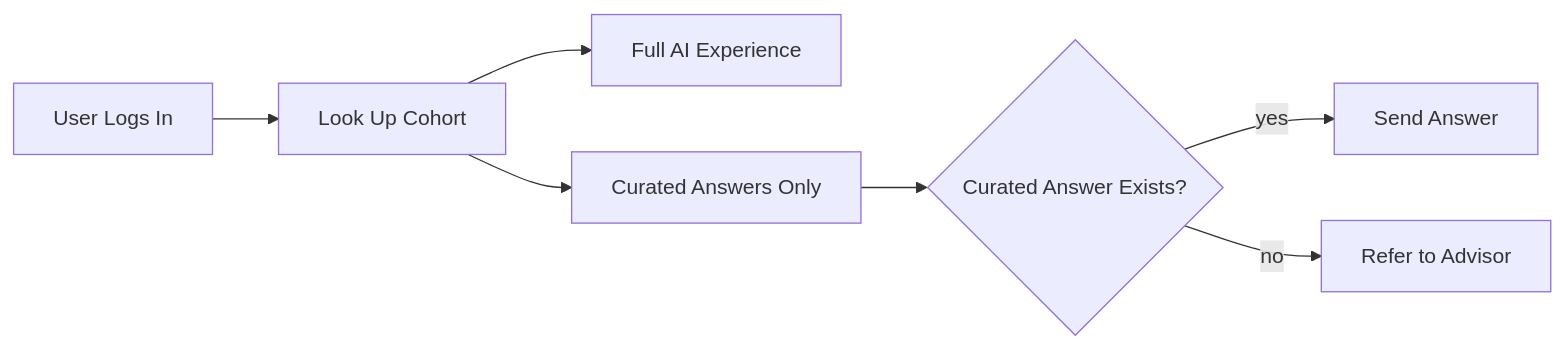
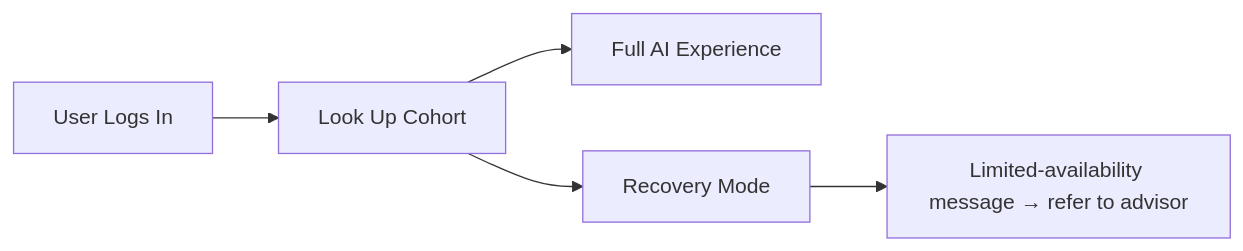
Before and after one commit to EdoardoMongardi/NYU_Path: the first of 3 diagrams in Docs/current-system/engine/cohort.md, drawn with Mermaid. The commit also changed other lines of this file and 73 other files, not shown here.

````diff
--- a/Docs/current-system/engine/cohort.md
+++ b/Docs/current-system/engine/cohort.md
@@ -7,9 +9,7 @@
 ```mermaid
 flowchart LR
     User[User Logs In] --> Lookup[Look Up Cohort]
     Lookup --> Full[Full AI Experience]
-    Lookup --> Limited[Curated Answers Only]
-    Limited --> Match{Curated Answer Exists?}
-    Match -->|yes| Reply[Send Answer]
-    Match -->|no| Advisor[Refer to Advisor]
+    Lookup --> Limited[Recovery Mode]
+    Limited --> Advisor[Limited-availability message → refer to advisor]
 ```
````
